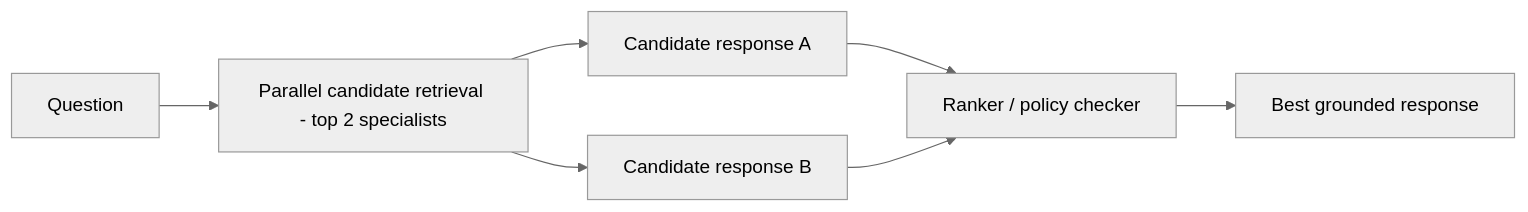
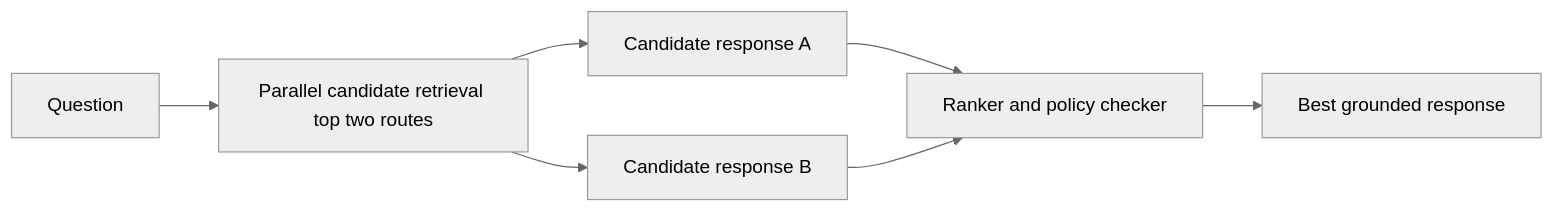
Before and after one commit to ricardo-msft-SE/policybot1: the sixth of 6 diagrams in docs/workflow-architecture-alternative.md, drawn with Mermaid (neutral theme). The commit also changed other lines of this file and 4 other files, not shown here.

Commit message:
docs: adopt backend-api workflow architecture and clarification routing

````diff
--- a/docs/workflow-architecture-alternative.md
+++ b/docs/workflow-architecture-alternative.md
@@ -176,9 +172,9 @@
 ```mermaid
 flowchart LR
-  Q[Question] --> P[Parallel candidate retrieval - top 2 specialists]
+    Q[Question] --> P[Parallel candidate retrieval top two routes]
     P --> S1[Candidate response A]
     P --> S2[Candidate response B]
-    S1 --> K[Ranker / policy checker]
+    S1 --> K[Ranker and policy checker]
     S2 --> K
     K --> O[Best grounded response]
 ```
````
